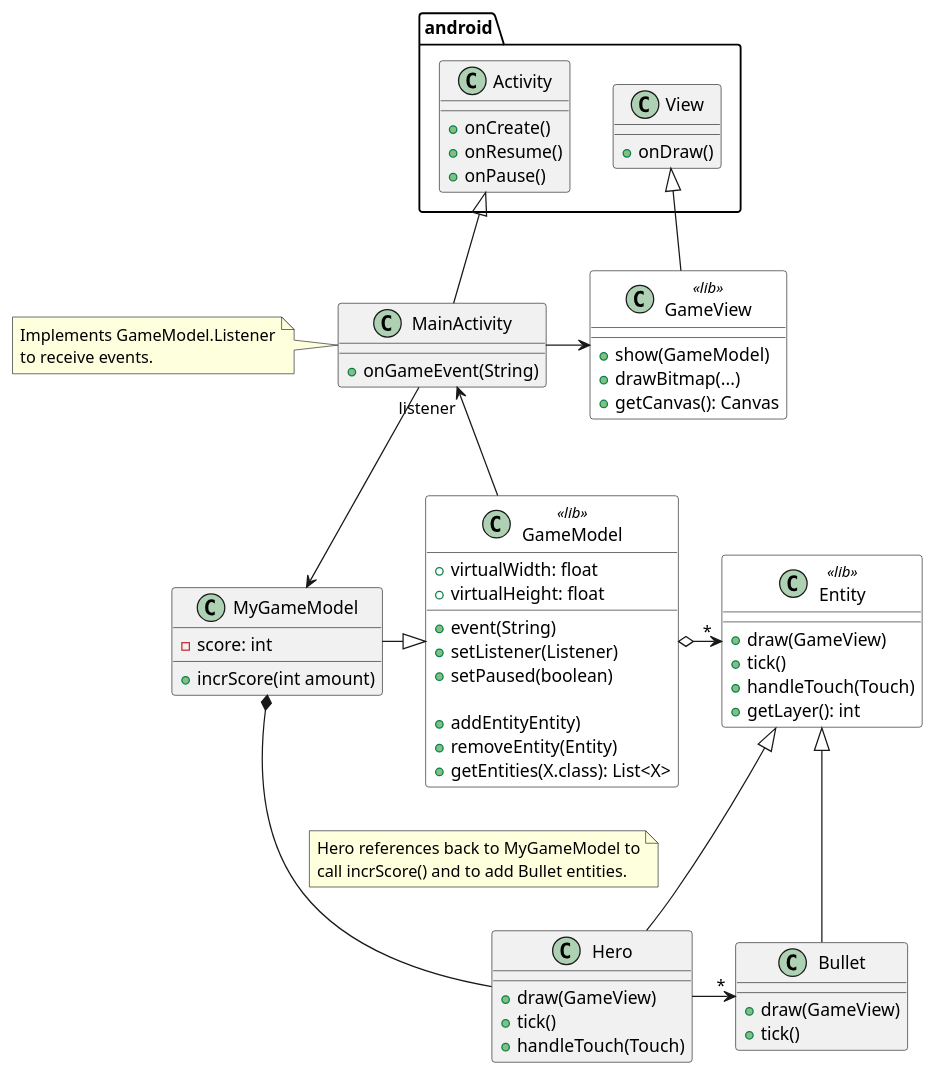
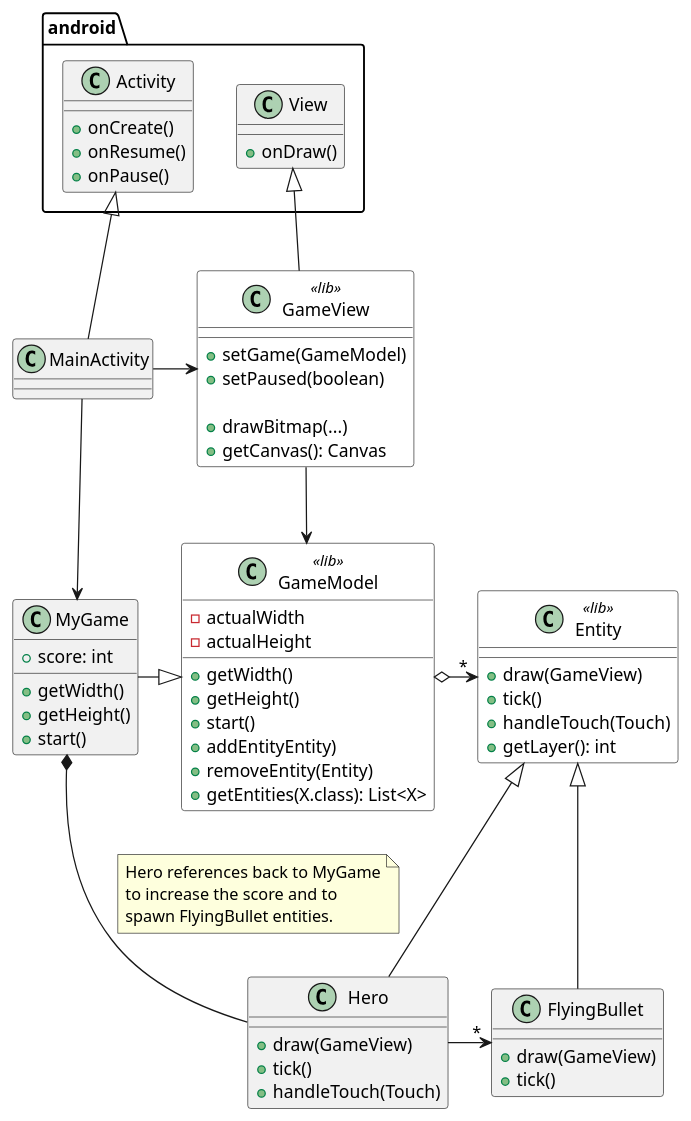
The diagram in doc/library-documentation.md (rikie457/MadnessPool), drawn with PlantUML before and after one commit. The commit also changed other lines of this file and 21 other files, not shown here.

Commit message:
No longer require width/height to be specified on GameModel creation

```diff
--- a/doc/library-documentation.md
+++ b/doc/library-documentation.md
@@ -41,18 +43,15 @@
     BackgroundColor<< lib >> white
 }
 
-class MyGameModel {
-    - score: int
-    + incrScore(int amount)
+class MyGame {
+    + score: int
+    + getWidth()
+    + getHeight()
+    + start()
 }
 
 class MainActivity {
-    + onGameEvent(String)
 }
-note left of MainActivity
-    Implements GameModel.Listener
-    to receive events.
-end note
 
 class Hero {
     + draw(GameView)
@@ -60,7 +59,7 @@
     + handleTouch(Touch)
 }
 
-class Bullet {
+class FlyingBullet {
     + draw(GameView)
     + tick()
 }
@@ -73,42 +72,44 @@
 }
 
 class GameModel<<lib>> {
-    + virtualWidth: float
-    + virtualHeight: float
-    
-    + event(String)
-    + setListener(Listener)
-    + setPaused(boolean)
-    
+    - actualWidth
+    - actualHeight
+    + getWidth()
+    + getHeight()
+    + start()
     + addEntityEntity)
     + removeEntity(Entity)
     + getEntities(X.class): List<X>
 }
 
 class GameView<<lib>> {
-    + show(GameModel)
+    + setGame(GameModel)
+    + setPaused(boolean)
+
     + drawBitmap(...)
     + getCanvas(): Canvas
 }
 
 
 GameModel o-> "*" Entity
-MainActivity "listener" <-- GameModel
 
-MyGameModel -|> GameModel
-MyGameModel *-- Hero
+GameView --> GameModel
+
+MyGame -|> GameModel
+MyGame *-- Hero
 note on link
-    Hero references back to MyGameModel to
-    call incrScore() and to add Bullet entities.
+    Hero references back to MyGame
+    to increase the score and to
+    spawn FlyingBullet entities.
 end note
 
 
-Hero -> "*" Bullet
+Hero -> "*" FlyingBullet
 
 Entity <|-- Hero
-Entity <|-- Bullet
+Entity <|-- FlyingBullet
 
-MainActivity --> MyGameModel
+MainActivity --> MyGame
 MainActivity -> GameView
 
 
```
